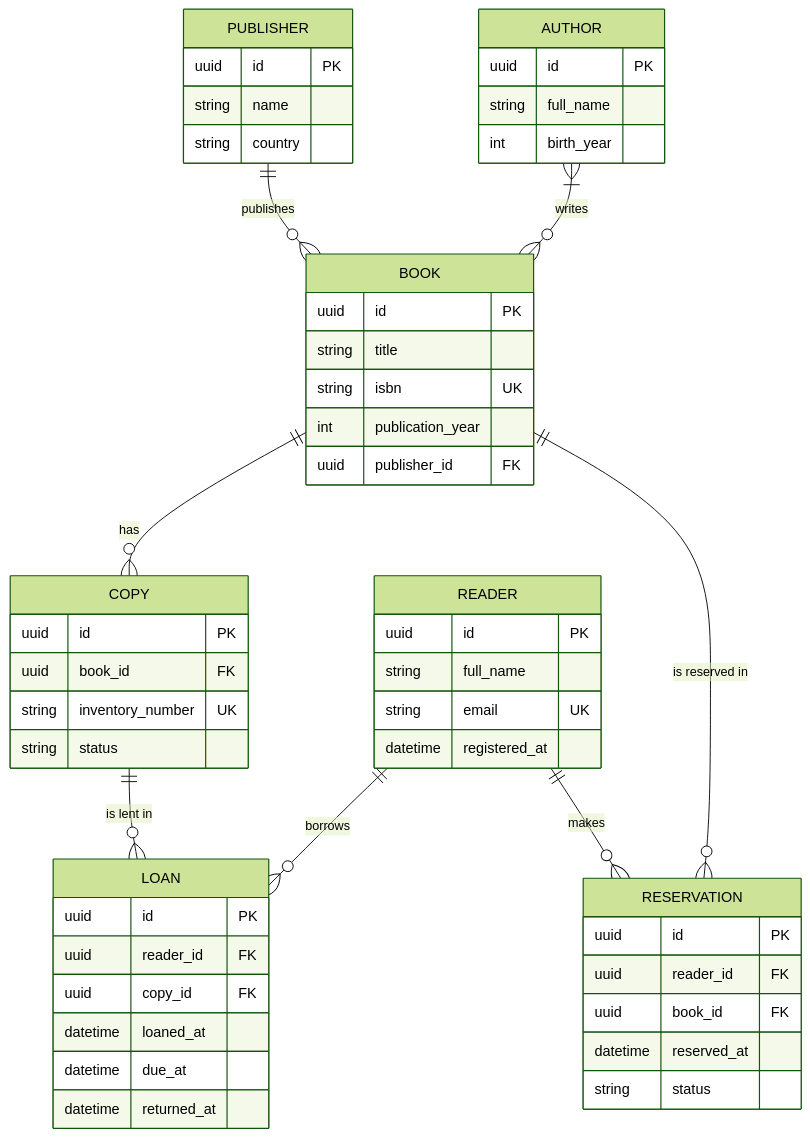
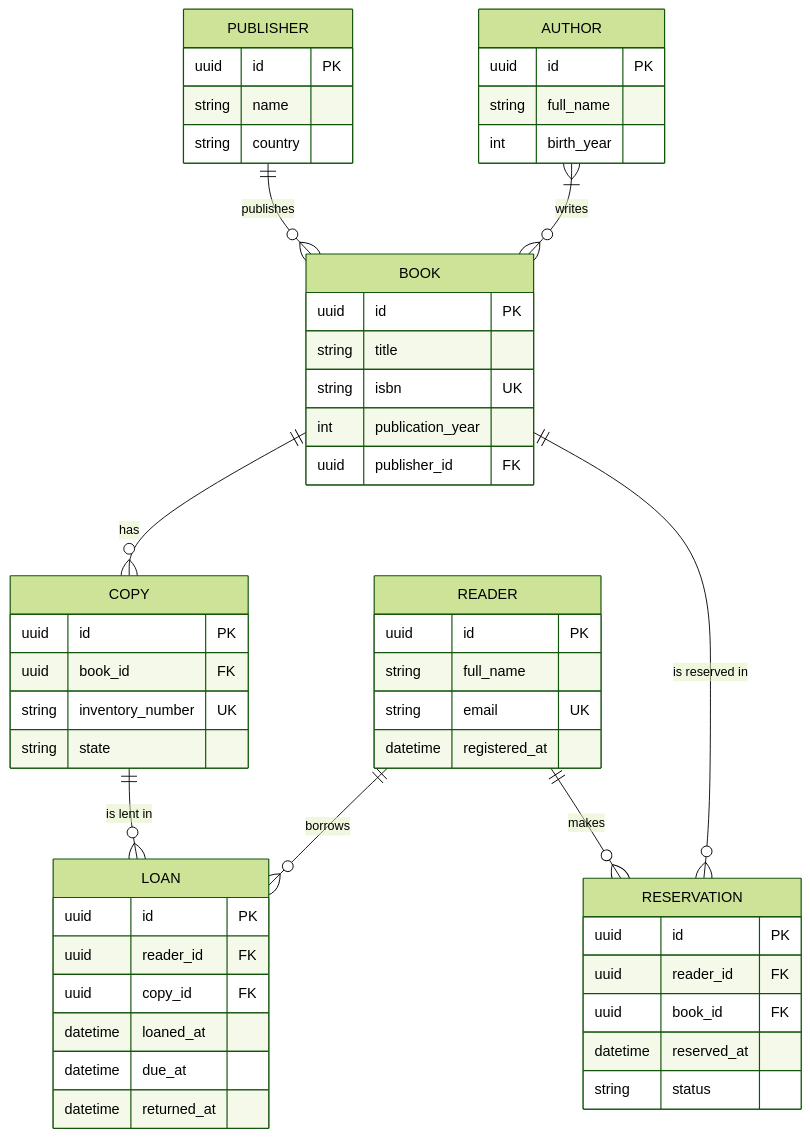
One commit to the1nurz/mavpz changed the diagram in model/er.mmd. Above: the diagram before and after it, drawn with Mermaid (forest theme).

Commit message:
fix(model): Copy.status -> Copy.state, доступність не зберігається (K3)
Claude-Session: https://claude.ai/code/session_01LuMAbnReUaiazdfbgQ7Qst

```diff
--- a/model/er.mmd
+++ b/model/er.mmd
@@ -1,53 +1,53 @@
 erDiagram
     PUBLISHER ||--o{ BOOK : publishes
     AUTHOR }|--o{ BOOK : writes
     BOOK ||--o{ COPY : has
     READER ||--o{ LOAN : borrows
     COPY ||--o{ LOAN : "is lent in"
     READER ||--o{ RESERVATION : makes
     BOOK ||--o{ RESERVATION : "is reserved in"
 
     PUBLISHER {
         uuid id PK
         string name
         string country
     }
     AUTHOR {
         uuid id PK
         string full_name
         int birth_year
     }
     BOOK {
         uuid id PK
         string title
         string isbn UK
         int publication_year
         uuid publisher_id FK
     }
     COPY {
         uuid id PK
         uuid book_id FK
         string inventory_number UK
-        string status
+        string state
     }
     READER {
         uuid id PK
         string full_name
         string email UK
         datetime registered_at
     }
     LOAN {
         uuid id PK
         uuid reader_id FK
         uuid copy_id FK
         datetime loaned_at
         datetime due_at
         datetime returned_at
     }
     RESERVATION {
         uuid id PK
         uuid reader_id FK
         uuid book_id FK
         datetime reserved_at
         string status
     }
```
